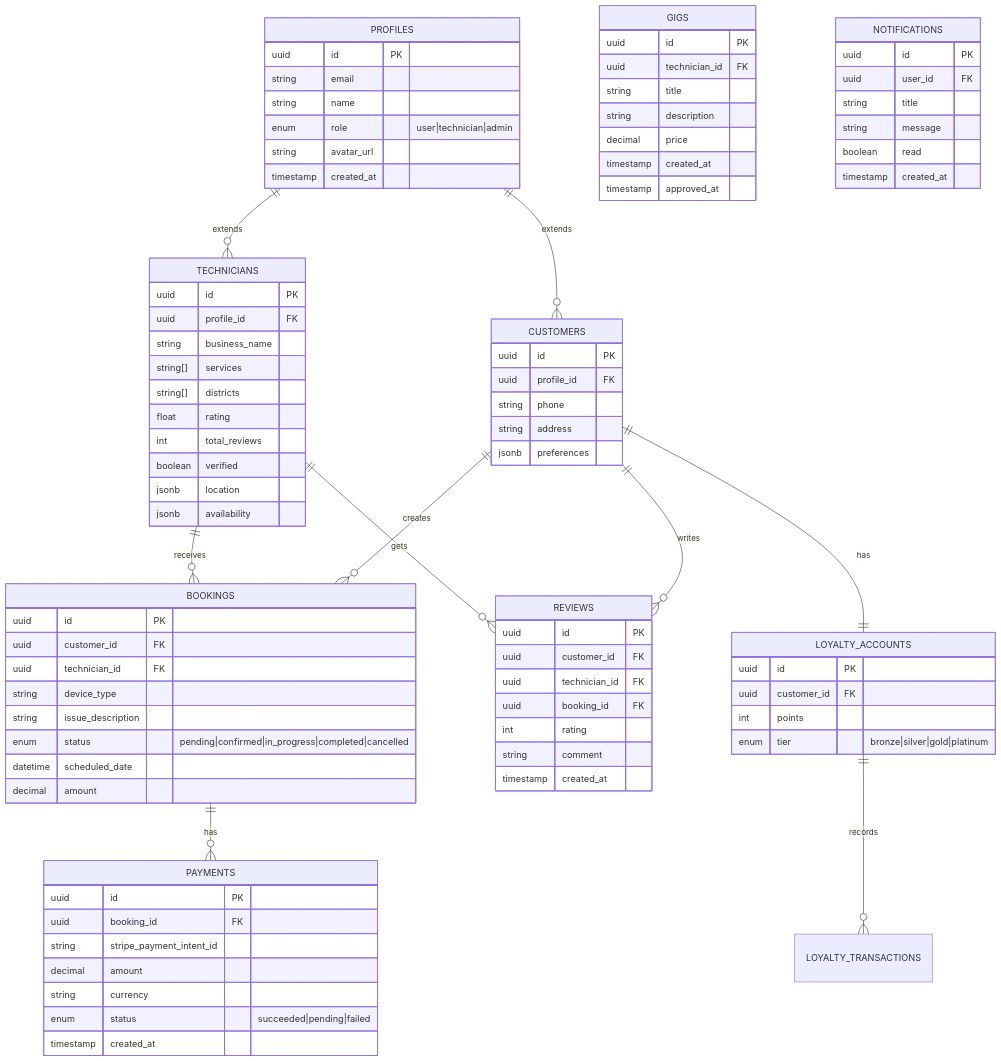
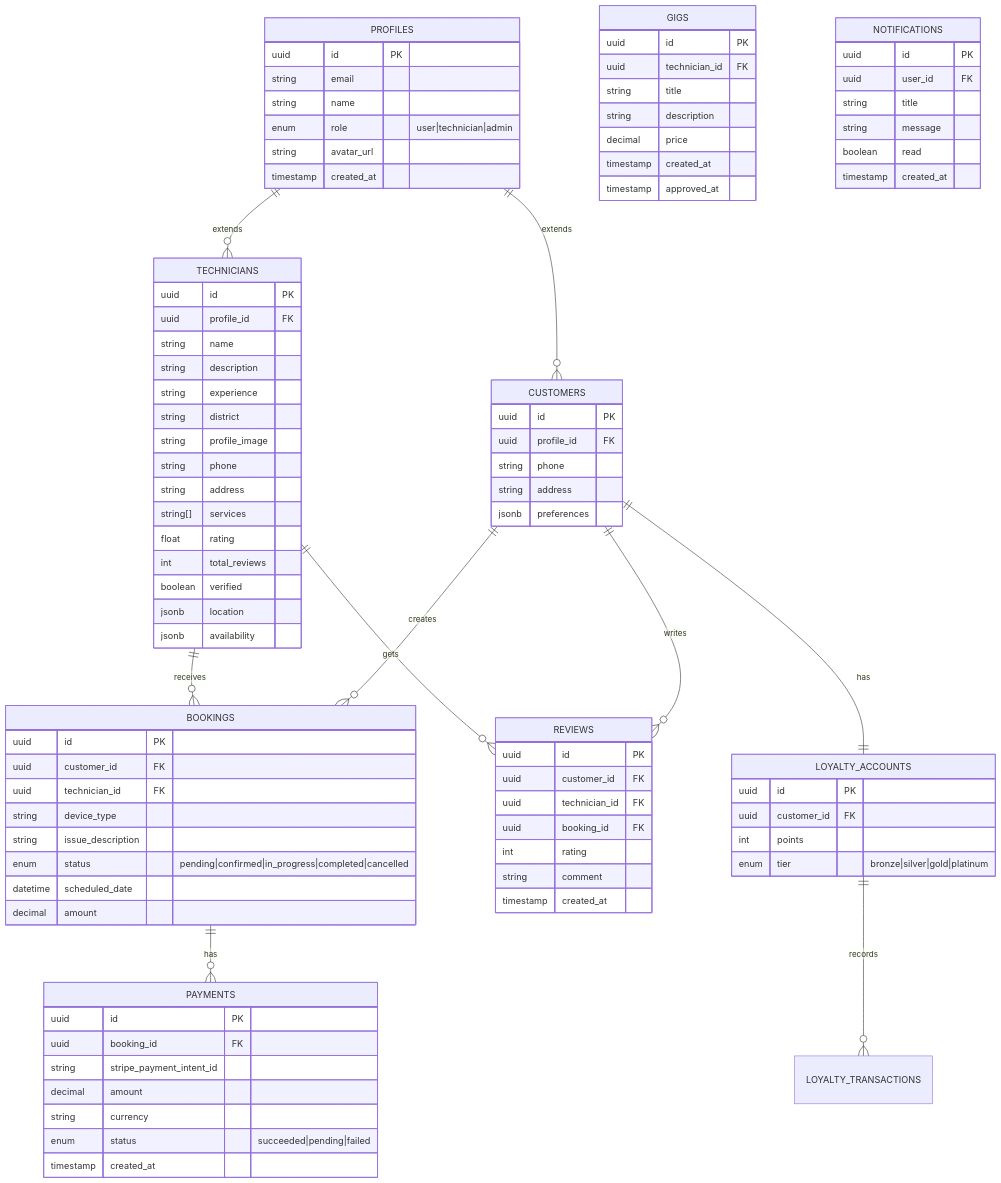
One commit to Irchika774/Tech-Care_official changed the third of 14 diagrams in README.md. Above: the diagram before and after it, drawn with Mermaid. The commit also changed other lines of this file, not shown here.

Commit message:
docs: update README with v2.6.0 diagrams and new technician fields

```diff
--- a/README.md
+++ b/README.md
@@ -178,9 +178,14 @@
     TECHNICIANS {
         uuid id PK
         uuid profile_id FK
-        string business_name
+        string name
+        string description
+        string experience
+        string district
+        string profile_image
+        string phone
+        string address
         string[] services
-        string[] districts
         float rating
         int total_reviews
         boolean verified
```
